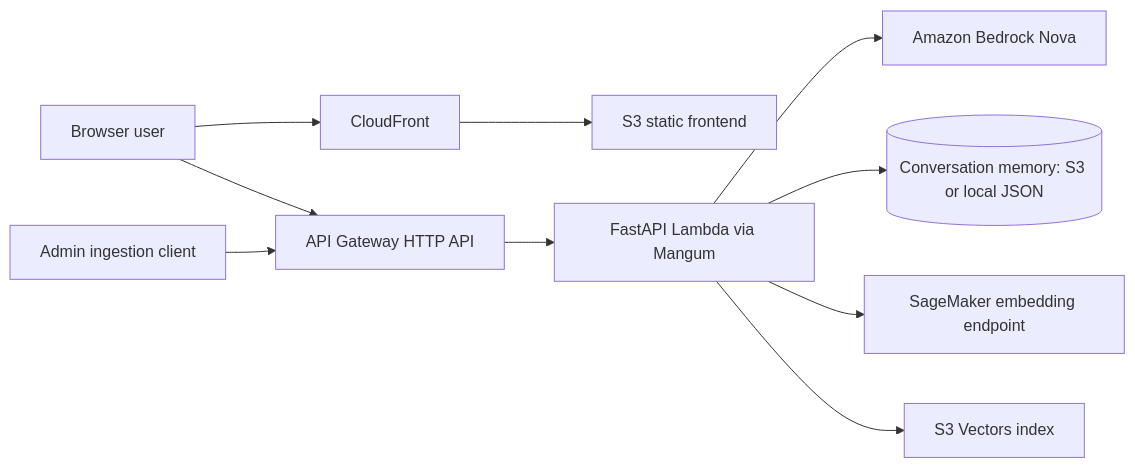
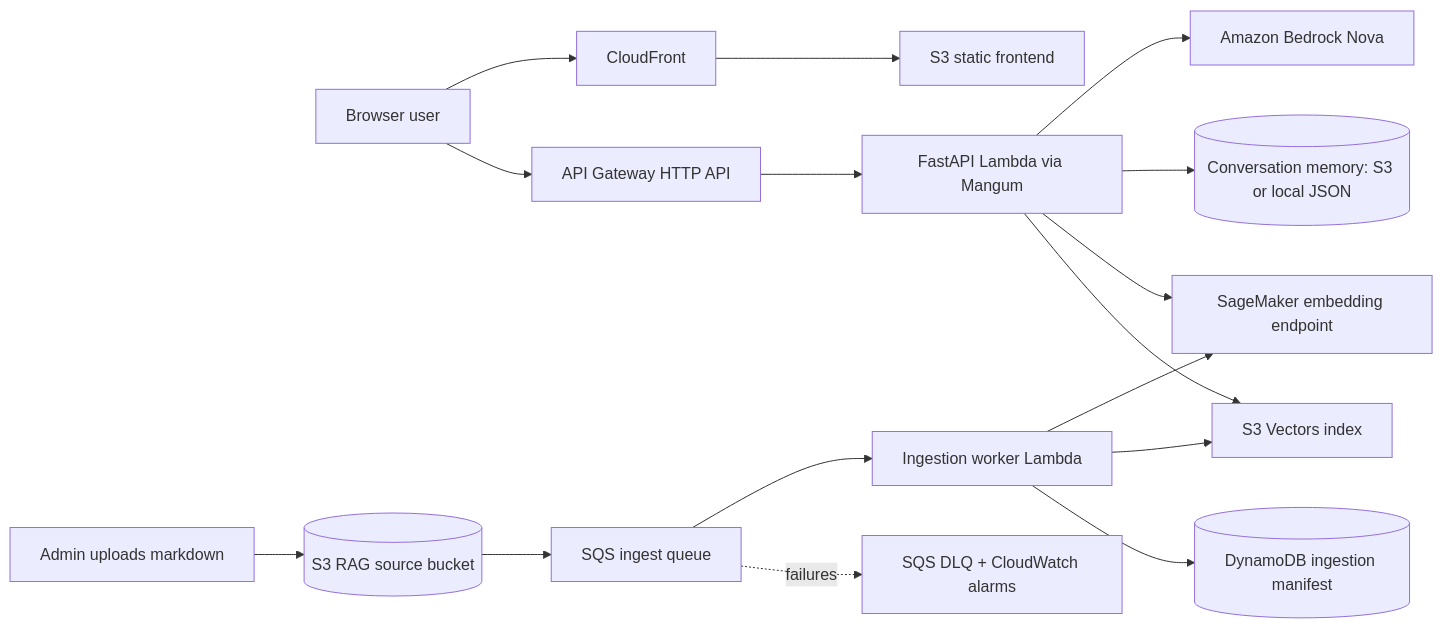
The first of 2 diagrams in README.md (svkmdl/prop-assist-twin), drawn with Mermaid before and after one commit. The commit also changed other lines of this file and 22 other files, not shown here.

Commit message:
aws(architecture) : seperated ingestion to S3 -> SQS -> lambda flow, seperated lambda into helpers

````diff
--- a/README.md
+++ b/README.md
@@ -11,12 +11,18 @@
 ```mermaid
 flowchart LR
   User[Browser user] --> CF[CloudFront]
   CF --> S3FE[S3 static frontend]
   User --> APIGW[API Gateway HTTP API]
   APIGW --> Lambda[FastAPI Lambda via Mangum]
   Lambda --> Bedrock[Amazon Bedrock Nova]
   Lambda --> Memory[(Conversation memory: S3 or local JSON)]
   Lambda --> SageMaker[SageMaker embedding endpoint]
   Lambda --> S3Vectors[S3 Vectors index]
-  Admin[Admin ingestion client] --> APIGW
+  Admin[Admin uploads markdown] --> RagDocs[(S3 RAG source bucket)]
+  RagDocs --> SQS[SQS ingest queue]
+  SQS --> Worker[Ingestion worker Lambda]
+  Worker --> SageMaker
+  Worker --> S3Vectors
+  Worker --> Manifest[(DynamoDB ingestion manifest)]
+  SQS -. failures .-> DLQ[SQS DLQ + CloudWatch alarms]
 ```
````
